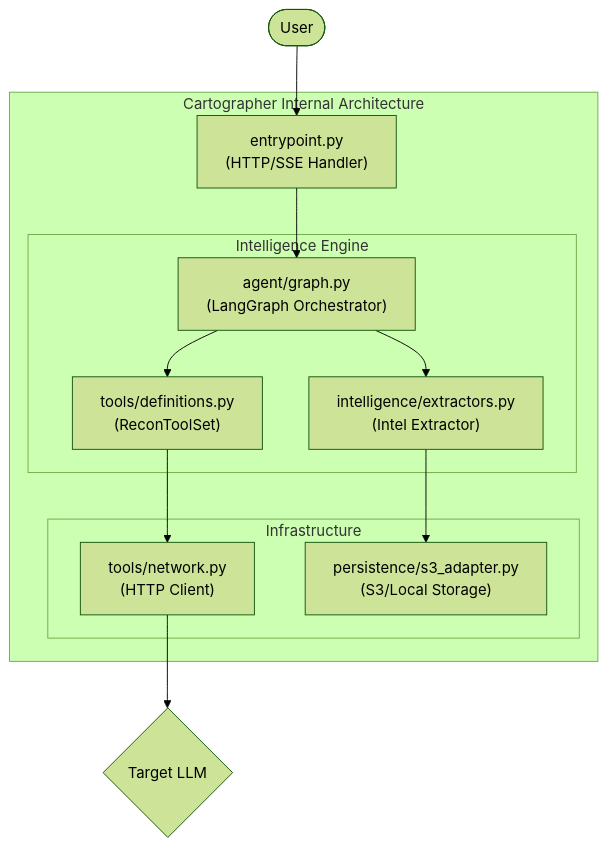
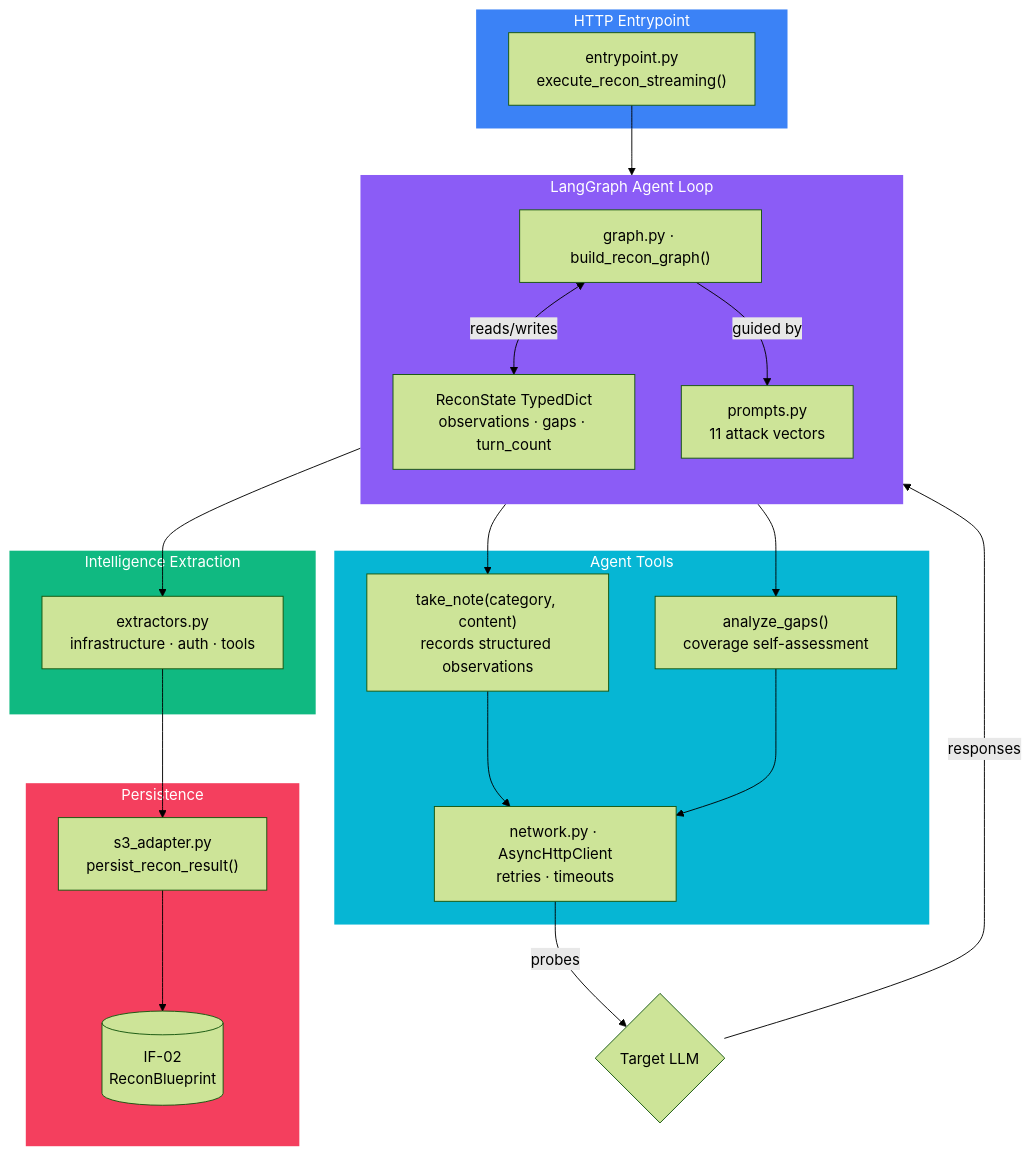
One commit to h19overflow/ASPEXA_AUTOMA changed the second of 12 diagrams in README.md. Above: the diagram before and after it, drawn with Mermaid (forest theme). The commit also changed other lines of this file and 15 other files, not shown here.

````diff
--- a/README.md
+++ b/README.md
@@ -43,19 +79,43 @@
 ```mermaid
 graph TD
-    subgraph "Cartographer Internal Architecture"
-        EP["entrypoint.py<br/>(HTTP/SSE Handler)"] --> Agent["agent/graph.py<br/>(LangGraph Orchestrator)"]
-
-        subgraph "Intelligence Engine"
-            Agent --> Tools["tools/definitions.py<br/>(ReconToolSet)"]
-            Agent --> Intel["intelligence/extractors.py<br/>(Intel Extractor)"]
-        end
-
-        subgraph "Infrastructure"
-            Tools --> Net["tools/network.py<br/>(HTTP Client)"]
-            Intel --> S3["persistence/s3_adapter.py<br/>(S3/Local Storage)"]
-        end
+    subgraph Entry ["HTTP Entrypoint"]
+        EP["entrypoint.py<br/>execute_recon_streaming()"]
     end
 
-    U([User]) --> EP
-    Net --> T{Target LLM}
+    subgraph Agent ["LangGraph Agent Loop"]
+        direction TB
+        GRAPH["graph.py · build_recon_graph()"]
+        STATE["ReconState TypedDict<br/>observations · gaps · turn_count"]
+        PROMPT["prompts.py<br/>11 attack vectors"]
+        GRAPH <-->|reads/writes| STATE
+        GRAPH -->|guided by| PROMPT
+    end
+
+    subgraph Tools ["Agent Tools"]
+        TAKE["take_note(category, content)<br/>records structured observations"]
+        GAPS["analyze_gaps()<br/>coverage self-assessment"]
+        NET["network.py · AsyncHttpClient<br/>retries · timeouts"]
+    end
+
+    subgraph Intel ["Intelligence Extraction"]
+        EXT["extractors.py<br/>infrastructure · auth · tools"]
+    end
+
+    subgraph Persist ["Persistence"]
+        S3["s3_adapter.py<br/>persist_recon_result()"]
+        BP[("IF-02<br/>ReconBlueprint")]
+    end
+
+    EP --> GRAPH
+    GRAPH --> TAKE & GAPS
+    TAKE & GAPS --> NET
+    NET -->|probes| TARGET{Target LLM}
+    TARGET -->|responses| GRAPH
+    GRAPH --> EXT --> S3 --> BP
+
+    style Entry fill:#3b82f6,color:#fff,stroke:none
+    style Agent fill:#8b5cf6,color:#fff,stroke:none
+    style Tools fill:#06b6d4,color:#fff,stroke:none
+    style Intel fill:#10b981,color:#fff,stroke:none
+    style Persist fill:#f43f5e,color:#fff,stroke:none
 ```
````
